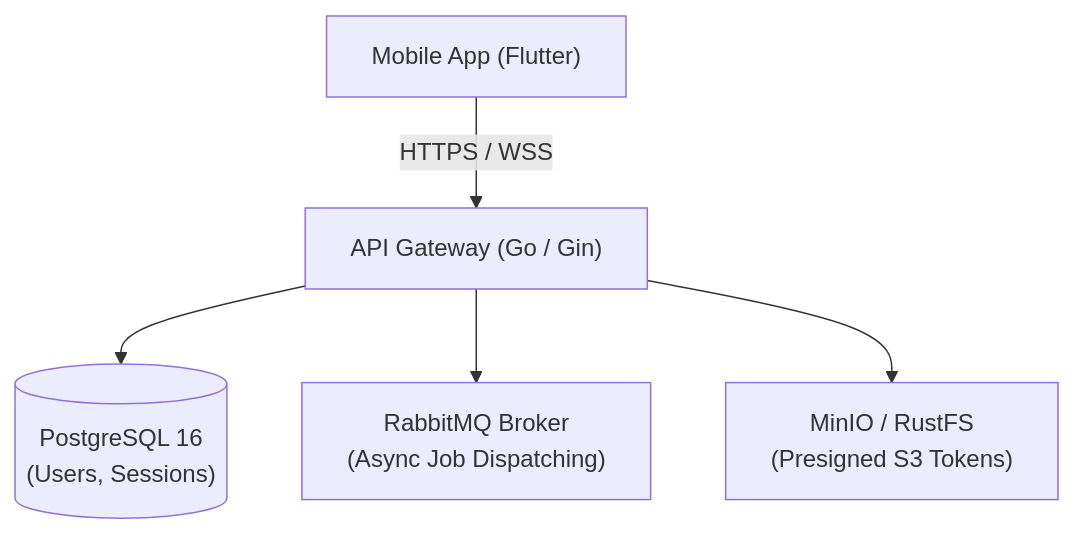
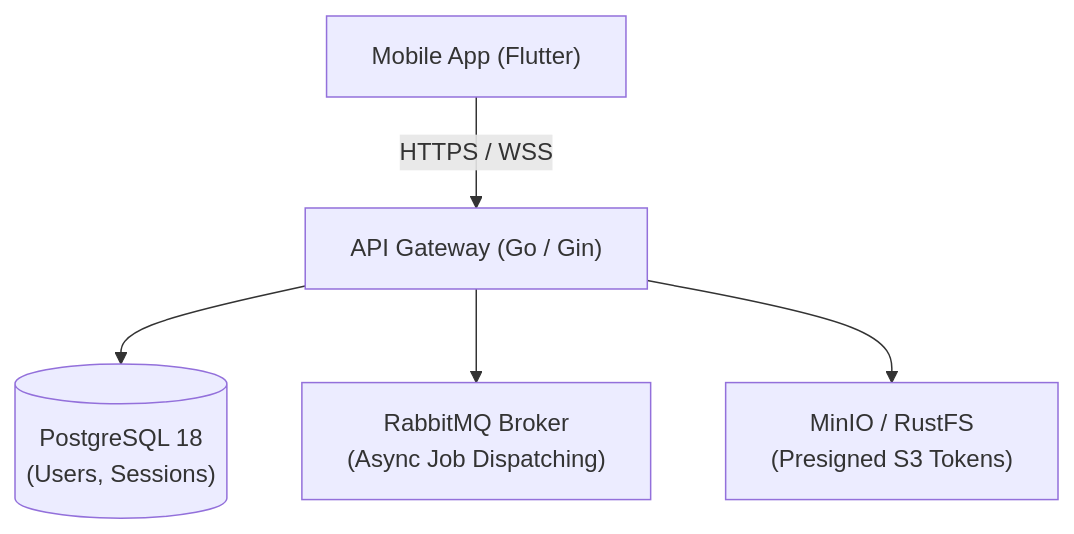
The diagram in docs/Ascension/developer/architecture/benchmark/backend.md (Ascension-EIP/Ascension), drawn with Mermaid before and after one commit.

Commit message:
docs(benchmark): update postgresql version in backend diagram

````diff
--- a/docs/Ascension/developer/architecture/benchmark/backend.md
+++ b/docs/Ascension/developer/architecture/benchmark/backend.md
@@ -26,8 +26,8 @@
 ```mermaid
 flowchart TD
     Client["Mobile App (Flutter)"] -->|"HTTPS / WSS"| Gateway["API Gateway (Go / Gin)"]
-    Gateway --> DB[("PostgreSQL 16\n(Users, Sessions)")]
+    Gateway --> DB[("PostgreSQL 18\n(Users, Sessions)")]
     Gateway --> Broker["RabbitMQ Broker\n(Async Job Dispatching)"]
     Gateway --> Storage["MinIO / RustFS\n(Presigned S3 Tokens)"]
 
 ```
````
